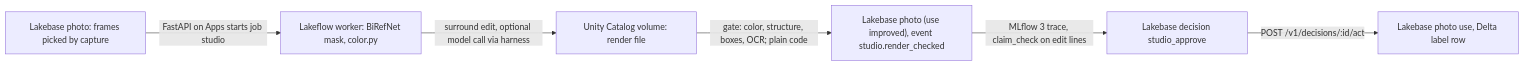
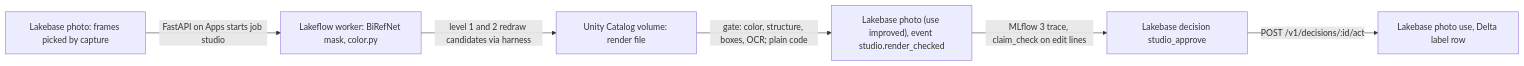
Before and after one commit to benverhaalen/secondhand: the diagram in spec/features/studio.md, drawn with Mermaid. The commit also changed other lines of this file and 6 other files, not shown here.

````diff
--- a/spec/features/studio.md
+++ b/spec/features/studio.md
@@ -42,8 +43,8 @@
 ```mermaid
 flowchart LR
   A["Lakebase photo: frames picked by capture"] -->|"FastAPI on Apps starts job studio"| B["Lakeflow worker: BiRefNet mask, color.py"]
-  B -->|"surround edit, optional model call via harness"| C["Unity Catalog volume: render file"]
+  B -->|"level 1 and 2 redraw candidates via harness"| C["Unity Catalog volume: render file"]
   C -->|"gate: color, structure, boxes, OCR; plain code"| D["Lakebase photo (use improved), event studio.render_checked"]
   D -->|"MLflow 3 trace, claim_check on edit lines"| E["Lakebase decision studio_approve"]
   E -->|"POST /v1/decisions/:id/act"| F["Lakebase photo use, Delta label row"]
 ```
````
